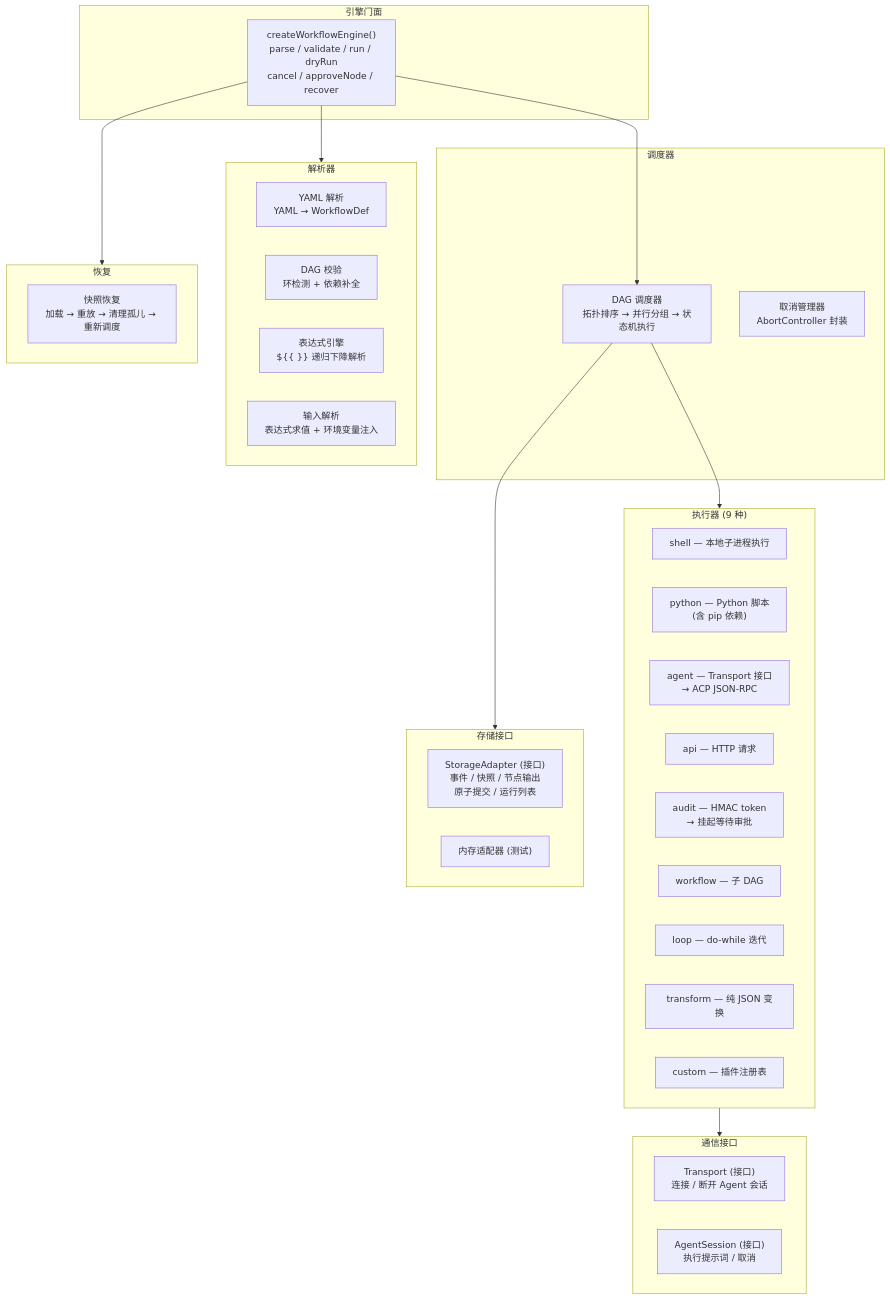
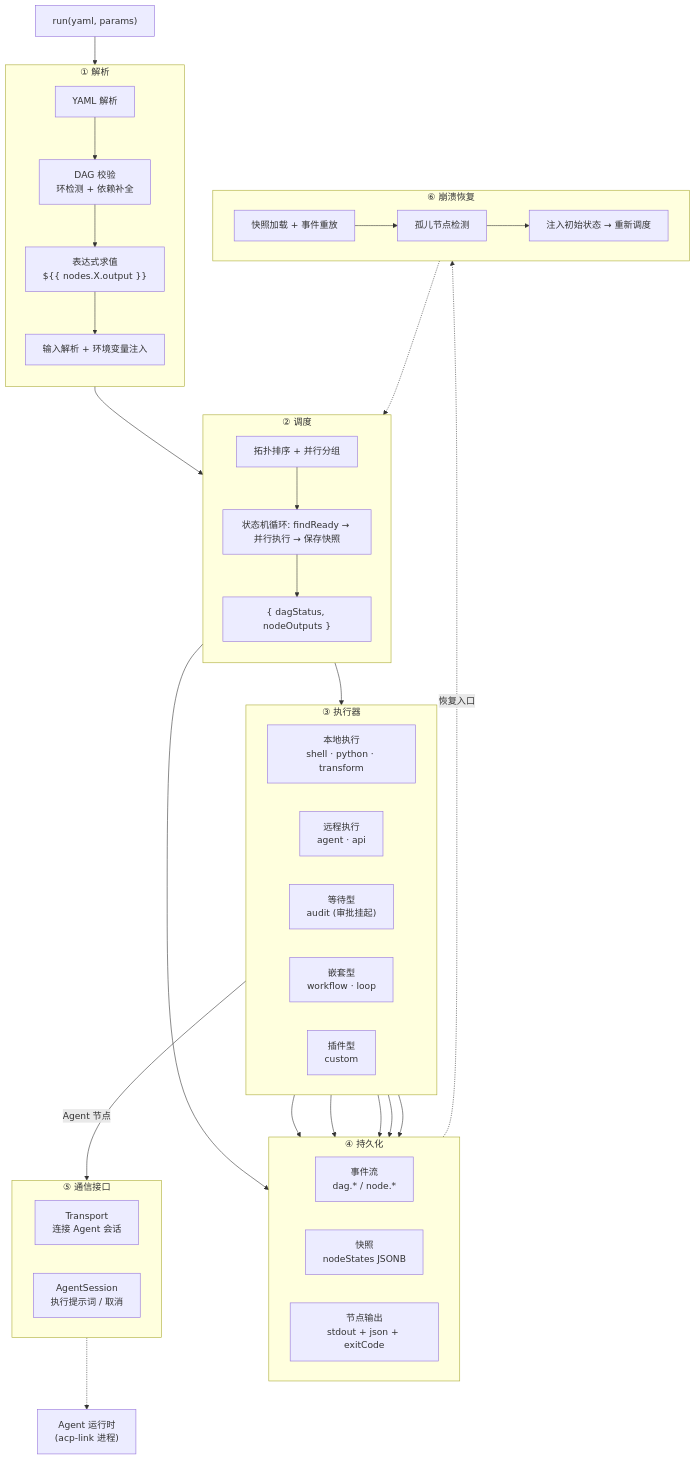
One commit to HuangPuStar/FenixAgent changed the sixth of 11 diagrams in docs/developer/arch/workflow-architecture.md. Above: the diagram before and after it, drawn with Mermaid. The commit also changed other lines of this file, not shown here.

````diff
--- a/docs/developer/arch/workflow-architecture.md
+++ b/docs/developer/arch/workflow-architecture.md
@@ -189,51 +359,60 @@
 ```mermaid
 graph TB
-    subgraph FACADE["引擎门面"]
-        EN["createWorkflowEngine()<br/>parse / validate / run / dryRun<br/>cancel / approveNode / recover"]
+    ENTRY["run(yaml, params)"] --> PARSE
+
+    subgraph PARSE["① 解析"]
+        direction TB
+        YAML["YAML 解析"] --> VALID["DAG 校验<br/>环检测 + 依赖补全"]
+        VALID --> EXPR["表达式求值<br/>${{ nodes.X.output }}"]
+        EXPR --> INPUT["输入解析 + 环境变量注入"]
     end
 
-    subgraph SCHEDULER["调度器"]
-        DAGS["DAG 调度器<br/>拓扑排序 → 并行分组 → 状态机执行"]
-        CANCEL["取消管理器<br/>AbortController 封装"]
+    PARSE --> SCHEDULER
+
+    subgraph SCHEDULER["② 调度"]
+        direction TB
+        TOPO["拓扑排序 + 并行分组"] --> LOOP["状态机循环: findReady → 并行执行 → 保存快照"]
+        LOOP --> RESULT["{ dagStatus, nodeOutputs }"]
     end
 
-    subgraph EXEC["执行器 (9 种)"]
-        SHELL["shell — 本地子进程执行"]
-        PYTHON["python — Python 脚本<br/>(含 pip 依赖)"]
-        AGENT["agent — Transport 接口<br/>→ ACP JSON-RPC"]
-        API["api — HTTP 请求"]
-        AUDIT["audit — HMAC token<br/>→ 挂起等待审批"]
-        SUB["workflow — 子 DAG"]
-        LOOP["loop — do-while 迭代"]
-        TRANS["transform — 纯 JSON 变换"]
-        CUSTOM["custom — 插件注册表"]
+    SCHEDULER --> EXEC
+
+    subgraph EXEC["③ 执行器"]
+        direction LR
+        LOCAL["本地执行<br/>shell · python · transform"]
+        REMOTE["远程执行<br/>agent · api"]
+        WAIT["等待型<br/>audit (审批挂起)"]
+        NESTED["嵌套型<br/>workflow · loop"]
+        PLUGIN["插件型<br/>custom"]
     end
 
-    subgraph PARSE["解析器"]
-        YAML["YAML 解析<br/>YAML → WorkflowDef"]
-        VALID["DAG 校验<br/>环检测 + 依赖补全"]
-        EXPR["表达式引擎<br/>${{ }} 递归下降解析"]
-        INPUT["输入解析<br/>表达式求值 + 环境变量注入"]
+    SCHEDULER --> STORE
+    LOCAL --> STORE
+    REMOTE --> STORE
+    WAIT --> STORE
+    NESTED --> STORE
+    PLUGIN --> STORE
+
+    subgraph STORE["④ 持久化"]
+        direction LR
+        EVENT["事件流<br/>dag.* / node.*"]
+        SNAP["快照<br/>nodeStates JSONB"]
+        OUTPUT["节点输出<br/>stdout + json + exitCode"]
     end
 
-    subgraph STORE["存储接口"]
-        SA["StorageAdapter (接口)<br/>事件 / 快照 / 节点输出<br/>原子提交 / 运行列表"]
-        MEM["内存适配器 (测试)"]
+    REMOTE -->|"Agent 节点"| COMM
+    subgraph COMM["⑤ 通信接口"]
+        TRANSPORT["Transport<br/>连接 Agent 会话"]
+        SESSION["AgentSession<br/>执行提示词 / 取消"]
     end
 
-    subgraph COMM["通信接口"]
-        TA["Transport (接口)<br/>连接 / 断开 Agent 会话"]
-        ASE["AgentSession (接口)<br/>执行提示词 / 取消"]
+    SNAP -.->|"恢复入口"| RECOV
+    subgraph RECOV["⑥ 崩溃恢复"]
+        direction LR
+        REPLAY["快照加载 + 事件重放"] --> ORPHAN["孤儿节点检测"]
+        ORPHAN --> RESUME["注入初始状态 → 重新调度"]
     end
+    RESUME -.-> SCHEDULER
 
-    subgraph RECOV2["恢复"]
-        SR["快照恢复<br/>加载 → 重放 → 清理孤儿 → 重新调度"]
-    end
-
-    EN --> DAGS
-    DAGS --> EXEC
-    EN --> PARSE
-    EN --> RECOV2
-    EXEC --> COMM
-    DAGS --> STORE
+    COMM -.-> AGENT_RT["Agent 运行时<br/>(acp-link 进程)"]
 ```
````
